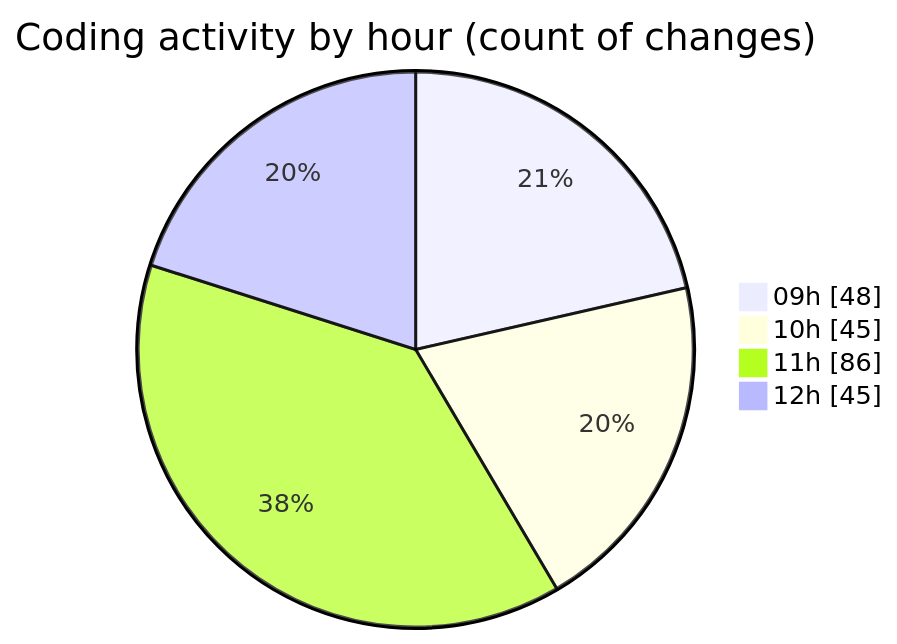
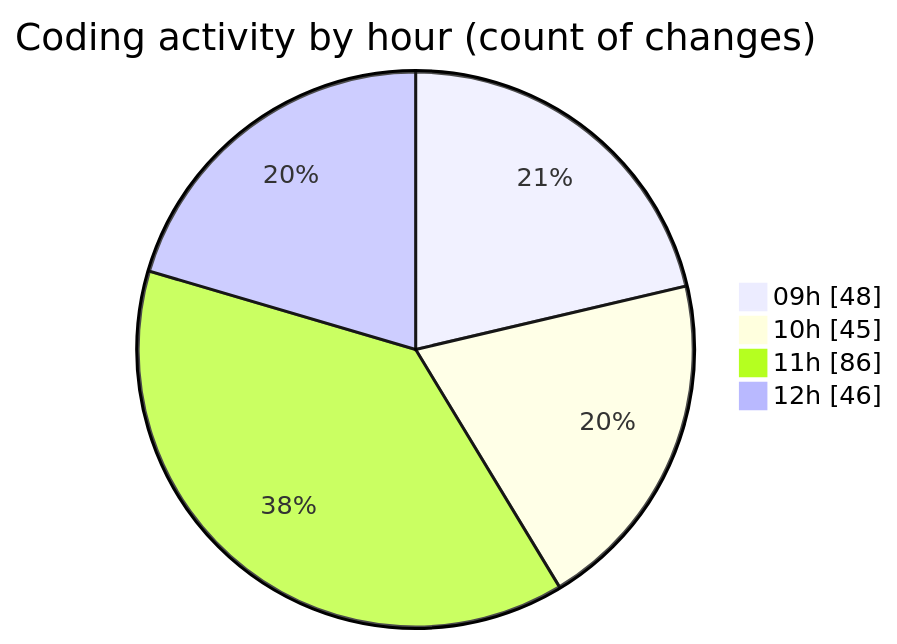
The second of 2 diagrams in 2025-03-14/cda/README.md (momahboobian/code-tracking), drawn with Mermaid before and after one commit. The commit also changed other lines of this file and 1 other file, not shown here.

````diff
--- a/2025-03-14/cda/README.md
+++ b/2025-03-14/cda/README.md
@@ -45,8 +45,8 @@
 ```mermaid
 pie showData
 title Coding activity by hour (count of changes)
 "09h" : 48
 "10h" : 45
 "11h" : 86
-"12h" : 45
+"12h" : 46
 ```
````
